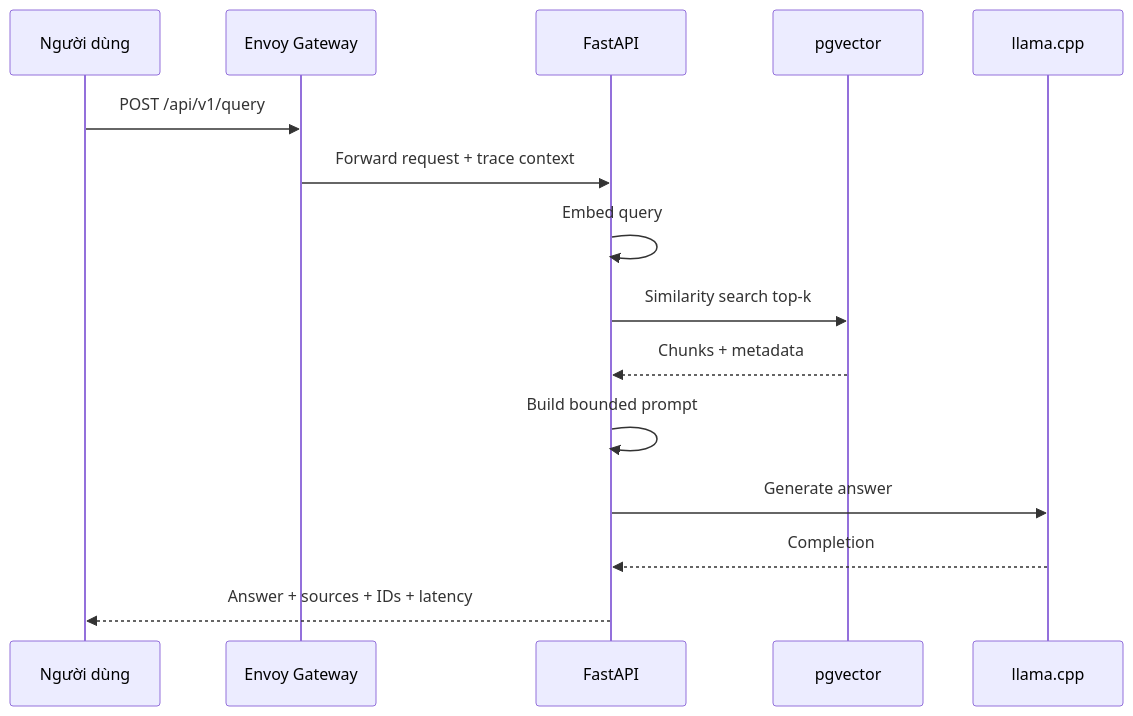
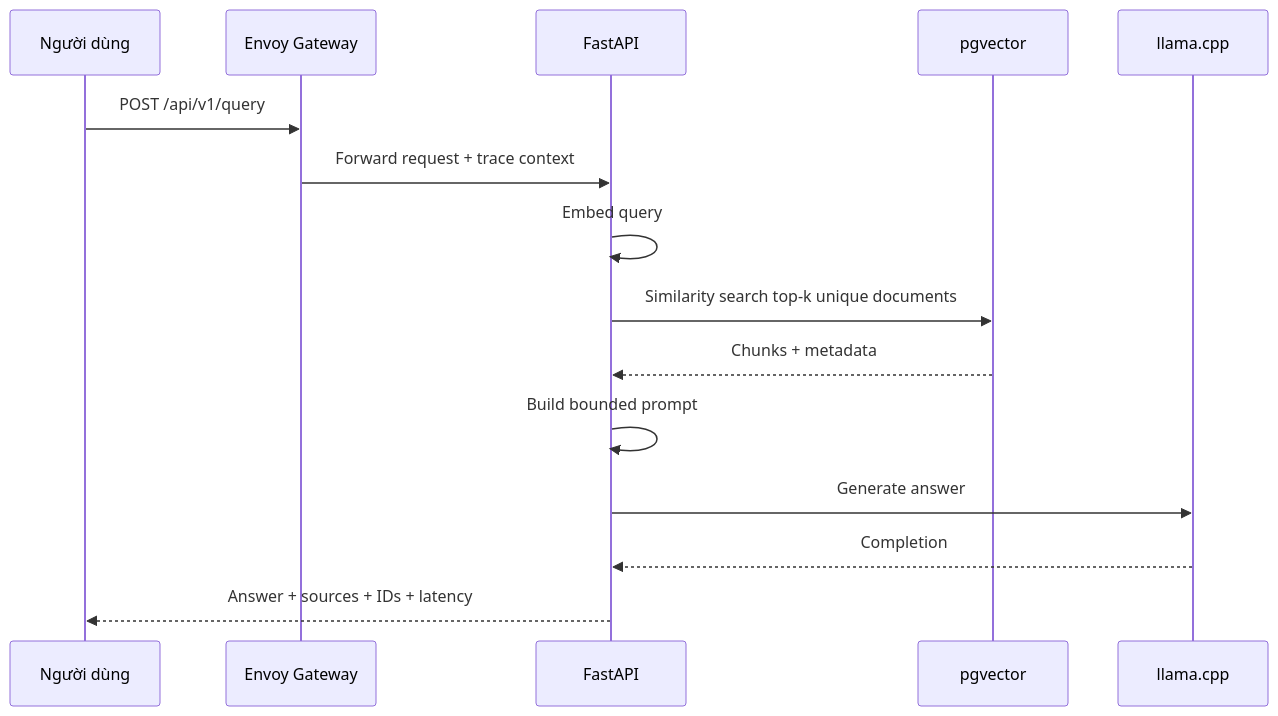
Before and after one commit to ngochai2909/kuberag-platform: the seventh of 10 diagrams in docs/ARCHITECTURE.md, drawn with Mermaid. The commit also changed other lines of this file and 51 other files, not shown here.

````diff
--- a/docs/ARCHITECTURE.md
+++ b/docs/ARCHITECTURE.md
@@ -241,18 +245,18 @@
 ```mermaid
 sequenceDiagram
     participant U as Người dùng
     participant G as Envoy Gateway
     participant A as FastAPI
     participant P as pgvector
     participant L as llama.cpp
 
     U->>G: POST /api/v1/query
     G->>A: Forward request + trace context
     A->>A: Embed query
-    A->>P: Similarity search top-k
+    A->>P: Similarity search top-k unique documents
     P-->>A: Chunks + metadata
     A->>A: Build bounded prompt
     A->>L: Generate answer
     L-->>A: Completion
     A-->>U: Answer + sources + IDs + latency
 ```
````
